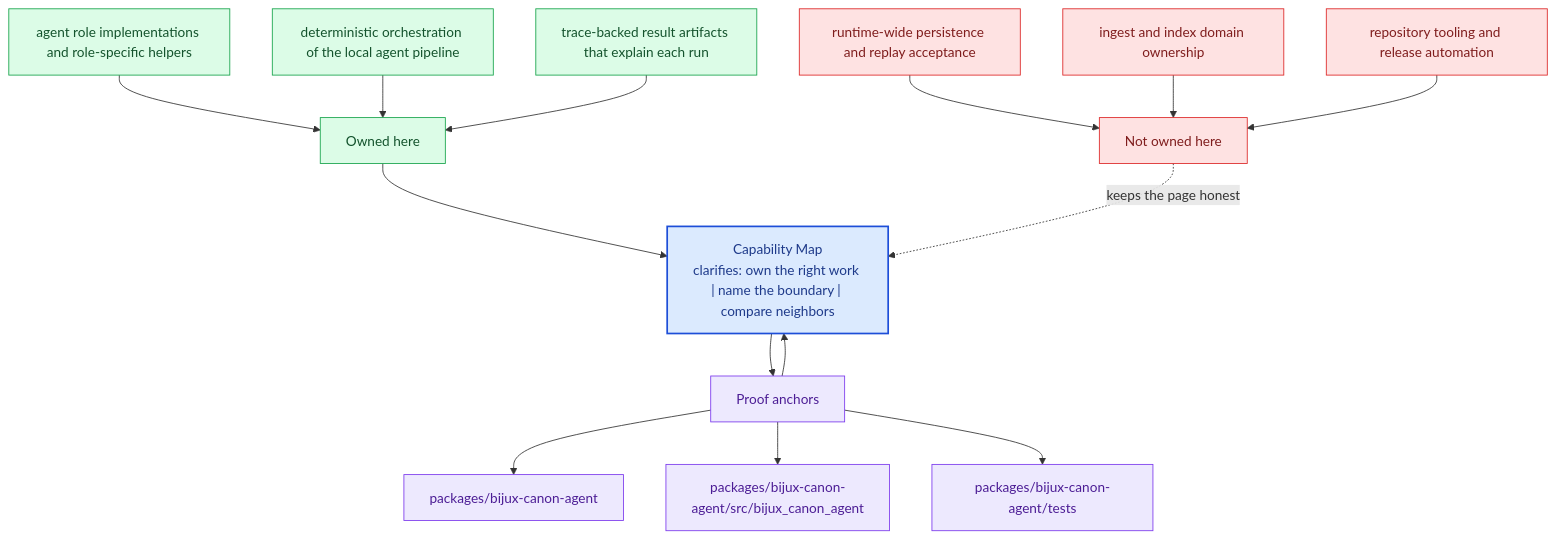
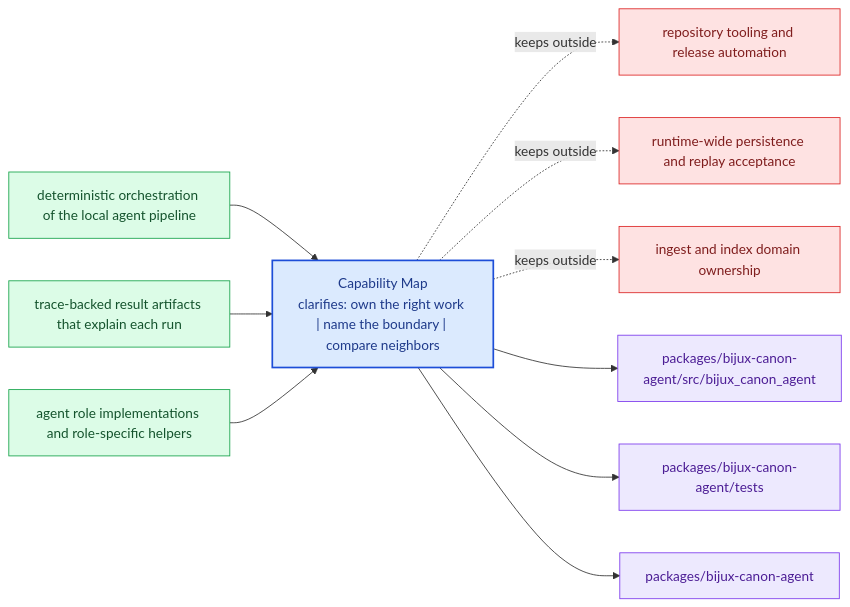
One commit to bijux/bijux-canon changed the diagram in docs/bijux-canon-agent/foundation/capability-map.md. Above: the diagram before and after it, drawn with Mermaid. The commit also changed other lines of this file and 281 other files, not shown here.

Commit message:
docs(diagrams): replace repeated mermaid scaffolds with page-specific summaries

````diff
--- a/docs/bijux-canon-agent/foundation/capability-map.md
+++ b/docs/bijux-canon-agent/foundation/capability-map.md
@@ -68,40 +23,31 @@
 ```mermaid
-flowchart TB
-    promise["Capability Map<br/>clarifies: own the right work | name the boundary | compare neighbors"]
-    classDef promise fill:#dbeafe,stroke:#1d4ed8,color:#1e3a8a,stroke-width:2px;
-    classDef driver fill:#dcfce7,stroke:#16a34a,color:#14532d;
-    classDef constraint fill:#fee2e2,stroke:#dc2626,color:#7f1d1d;
-    classDef ground fill:#ede9fe,stroke:#7c3aed,color:#4c1d95;
-    focus1["Owned here"]
-    focus1 --> promise
-    focus1_1["agent role implementations and role-specific helpers"]
-    focus1_1 --> focus1
-    focus1_2["deterministic orchestration of the local agent pipeline"]
-    focus1_2 --> focus1
-    focus1_3["trace-backed result artifacts that explain each run"]
-    focus1_3 --> focus1
-    class focus1 driver;
-    class focus1_1,focus1_2,focus1_3 driver;
-    focus2["Not owned here"]
-    focus2 -.keeps the page honest.-> promise
-    focus2_1["runtime-wide persistence and replay acceptance"]
-    focus2_1 --> focus2
-    focus2_2["ingest and index domain ownership"]
-    focus2_2 --> focus2
-    focus2_3["repository tooling and release automation"]
-    focus2_3 --> focus2
-    class focus2 constraint;
-    class focus2_1,focus2_2,focus2_3 constraint;
-    focus3["Proof anchors"]
-    focus3 --> promise
-    promise --> focus3
-    focus3_1["packages/bijux-canon-agent"]
-    focus3 --> focus3_1
-    focus3_2["packages/bijux-canon-agent/src/bijux_canon_agent"]
-    focus3 --> focus3_2
-    focus3_3["packages/bijux-canon-agent/tests"]
-    focus3 --> focus3_3
-    class focus3 ground;
-    class focus3_1,focus3_2,focus3_3 ground;
-    class promise promise;
+flowchart LR
+    page["Capability Map<br/>clarifies: own the right work | name the boundary | compare neighbors"]
+    classDef page fill:#dbeafe,stroke:#1d4ed8,color:#1e3a8a,stroke-width:2px;
+    classDef positive fill:#dcfce7,stroke:#16a34a,color:#14532d;
+    classDef caution fill:#fee2e2,stroke:#dc2626,color:#7f1d1d;
+    classDef anchor fill:#ede9fe,stroke:#7c3aed,color:#4c1d95;
+    classDef action fill:#fef3c7,stroke:#d97706,color:#7c2d12;
+    own1["deterministic orchestration of the local agent pipeline"]
+    own1 --> page
+    own2["trace-backed result artifacts that explain each run"]
+    own2 --> page
+    own3["agent role implementations and role-specific helpers"]
+    own3 --> page
+    limit1["repository tooling and release automation"]
+    page -.keeps outside.-> limit1
+    limit2["runtime-wide persistence and replay acceptance"]
+    page -.keeps outside.-> limit2
+    limit3["ingest and index domain ownership"]
+    page -.keeps outside.-> limit3
+    anchor1["packages/bijux-canon-agent/src/bijux_canon_agent"]
+    page --> anchor1
+    anchor2["packages/bijux-canon-agent/tests"]
+    page --> anchor2
+    anchor3["packages/bijux-canon-agent"]
+    page --> anchor3
+    class page page;
+    class own1,own2,own3 positive;
+    class limit1,limit2,limit3 caution;
+    class anchor1,anchor2,anchor3 anchor;
 ```
````
